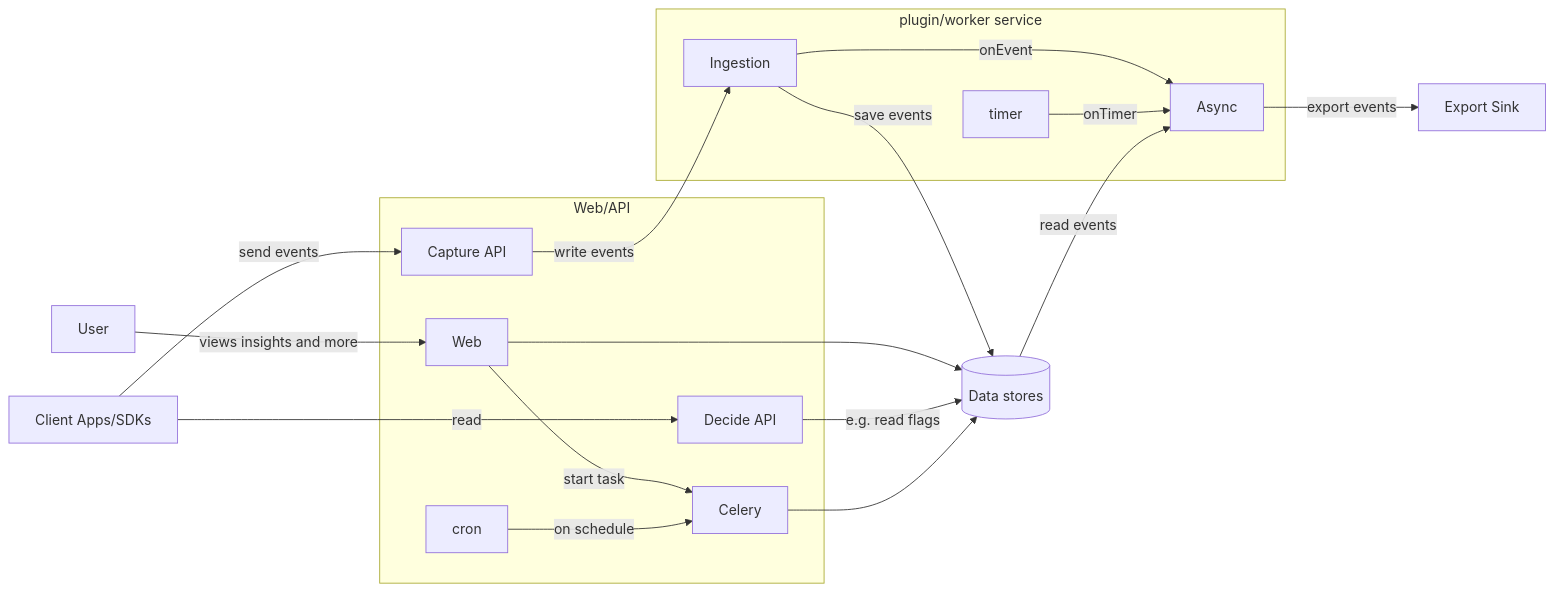
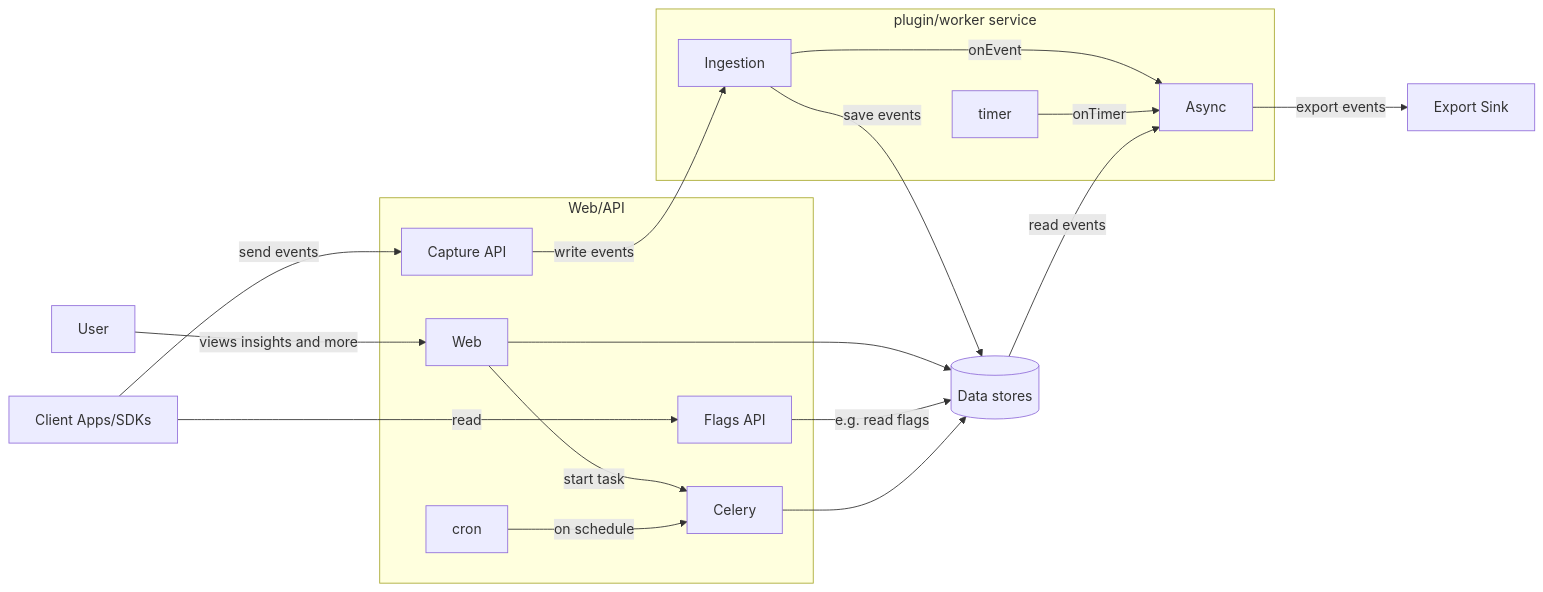
The second of 3 diagrams in contents/docs/how-posthog-works/index.mdx (PostHog/posthog.com), drawn with Mermaid before and after one commit. The commit also changed 32 other files, not shown here.

````diff
--- a/contents/docs/how-posthog-works/index.mdx
+++ b/contents/docs/how-posthog-works/index.mdx
@@ -41,36 +41,36 @@
 ```mermaid
 graph LR
     u[User]
     sdk[Client Apps/SDKs]
     ex[Export Sink]
     ds[(Data stores)]
 
     subgraph Web/API
         w[Web]
         c[Capture API]
-        d[Decide API]
+        d[Flags API]
         cr[cron]
         ce[Celery]
     end
 
     subgraph "plugin/worker service"
         i[Ingestion]
         a[Async]
         t[timer]
     end
 
     u-->|views insights and more|w
     sdk-->|send events|c
     sdk-->|read|d
     w-->ds
     c-->|write events|i
     i-->|onEvent|a
     i-->|save events|ds
     t-->|onTimer|a
     a-->|export events|ex
     d-->|e.g. read flags|ds
     ds-->|read events|a
     w-->|start task|ce
     cr-->|on schedule|ce
     ce-->ds
 ```
````
